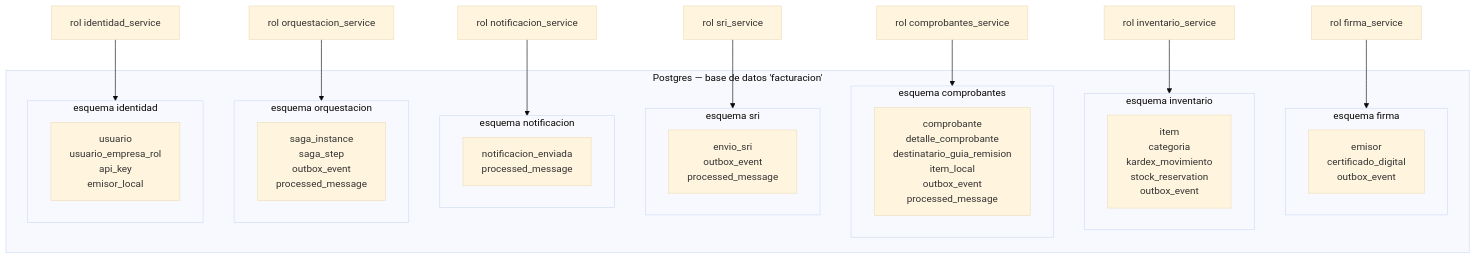
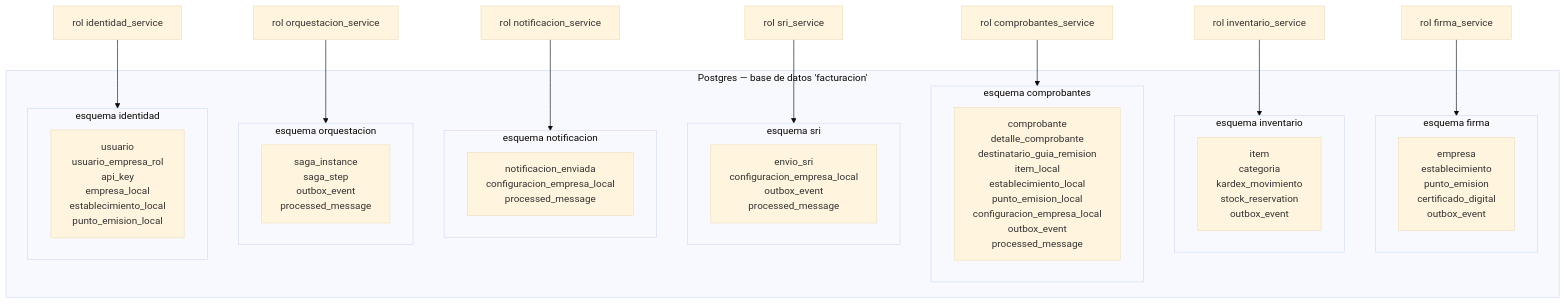
The fourth of 4 diagrams in facturacion-electronica-ec/ARQUITECTURA.md (ingcharles/docker-kafka), drawn with Mermaid (base theme) before and after one commit. The commit also changed other lines of this file and 278 other files, not shown here.

````diff
--- a/facturacion-electronica-ec/ARQUITECTURA.md
+++ b/facturacion-electronica-ec/ARQUITECTURA.md
@@ -263,33 +265,33 @@
 ```mermaid
 graph TB
     subgraph PG["Postgres — base de datos 'facturacion'"]
         subgraph S1["esquema firma"]
-            T1["emisor<br/>certificado_digital<br/>outbox_event"]
+            T1["empresa<br/>establecimiento<br/>punto_emision<br/>certificado_digital<br/>outbox_event"]
         end
         subgraph S2["esquema inventario"]
             T2["item<br/>categoria<br/>kardex_movimiento<br/>stock_reservation<br/>outbox_event"]
         end
         subgraph S3["esquema comprobantes"]
-            T3["comprobante<br/>detalle_comprobante<br/>destinatario_guia_remision<br/>item_local<br/>outbox_event<br/>processed_message"]
+            T3["comprobante<br/>detalle_comprobante<br/>destinatario_guia_remision<br/>item_local<br/>establecimiento_local<br/>punto_emision_local<br/>configuracion_empresa_local<br/>outbox_event<br/>processed_message"]
         end
         subgraph S4["esquema sri"]
-            T4["envio_sri<br/>outbox_event<br/>processed_message"]
+            T4["envio_sri<br/>configuracion_empresa_local<br/>outbox_event<br/>processed_message"]
         end
         subgraph S5["esquema notificacion"]
-            T5["notificacion_enviada<br/>processed_message"]
+            T5["notificacion_enviada<br/>configuracion_empresa_local<br/>processed_message"]
         end
         subgraph S6["esquema orquestacion"]
             T6["saga_instance<br/>saga_step<br/>outbox_event<br/>processed_message"]
         end
         subgraph S7["esquema identidad"]
-            T7["usuario<br/>usuario_empresa_rol<br/>api_key<br/>emisor_local"]
+            T7["usuario<br/>usuario_empresa_rol<br/>api_key<br/>empresa_local<br/>establecimiento_local<br/>punto_emision_local"]
         end
     end
     R1["rol firma_service"] --> S1
     R2["rol inventario_service"] --> S2
     R3["rol comprobantes_service"] --> S3
     R4["rol sri_service"] --> S4
     R5["rol notificacion_service"] --> S5
     R6["rol orquestacion_service"] --> S6
     R7["rol identidad_service"] --> S7
 ```
````
